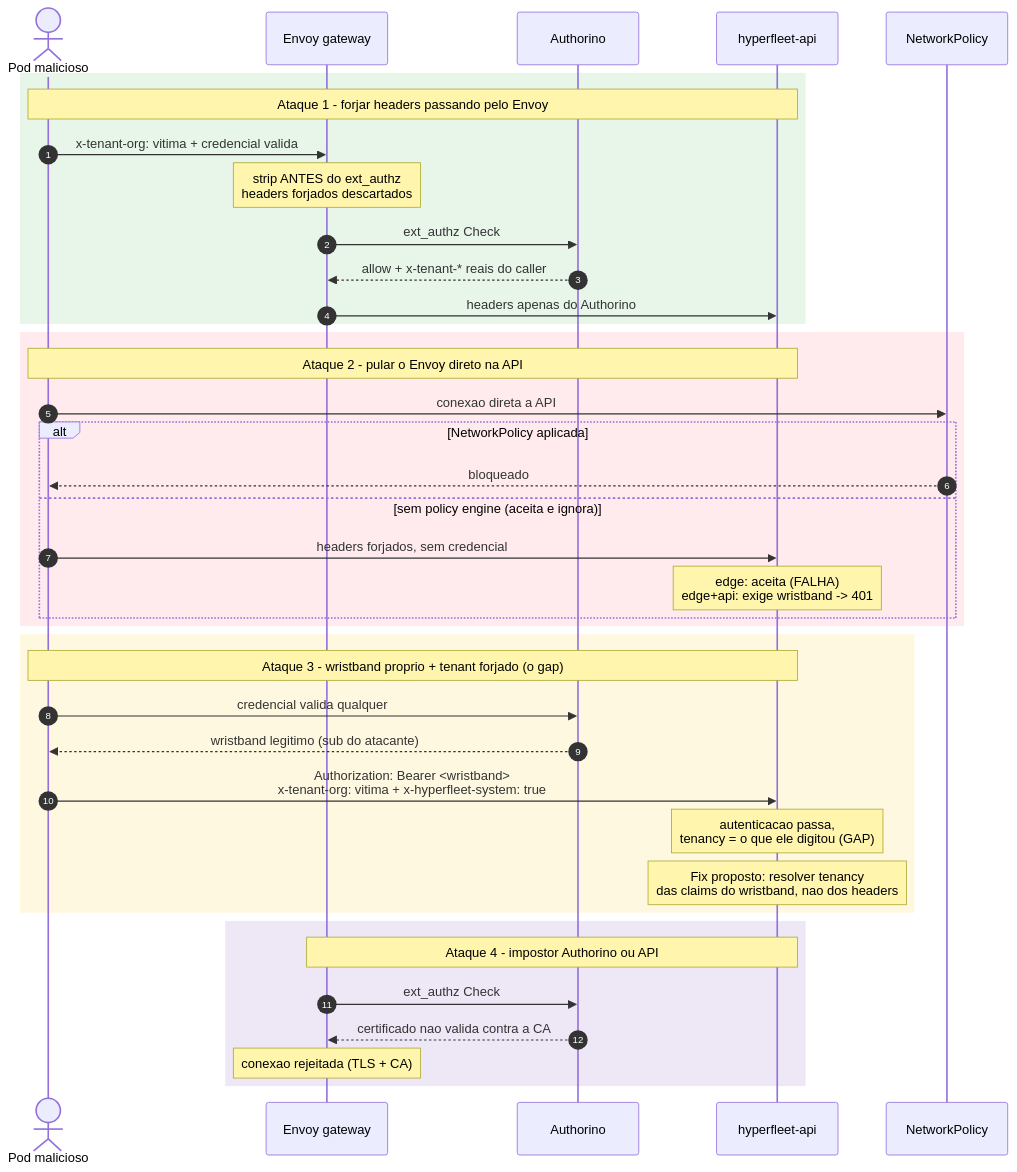
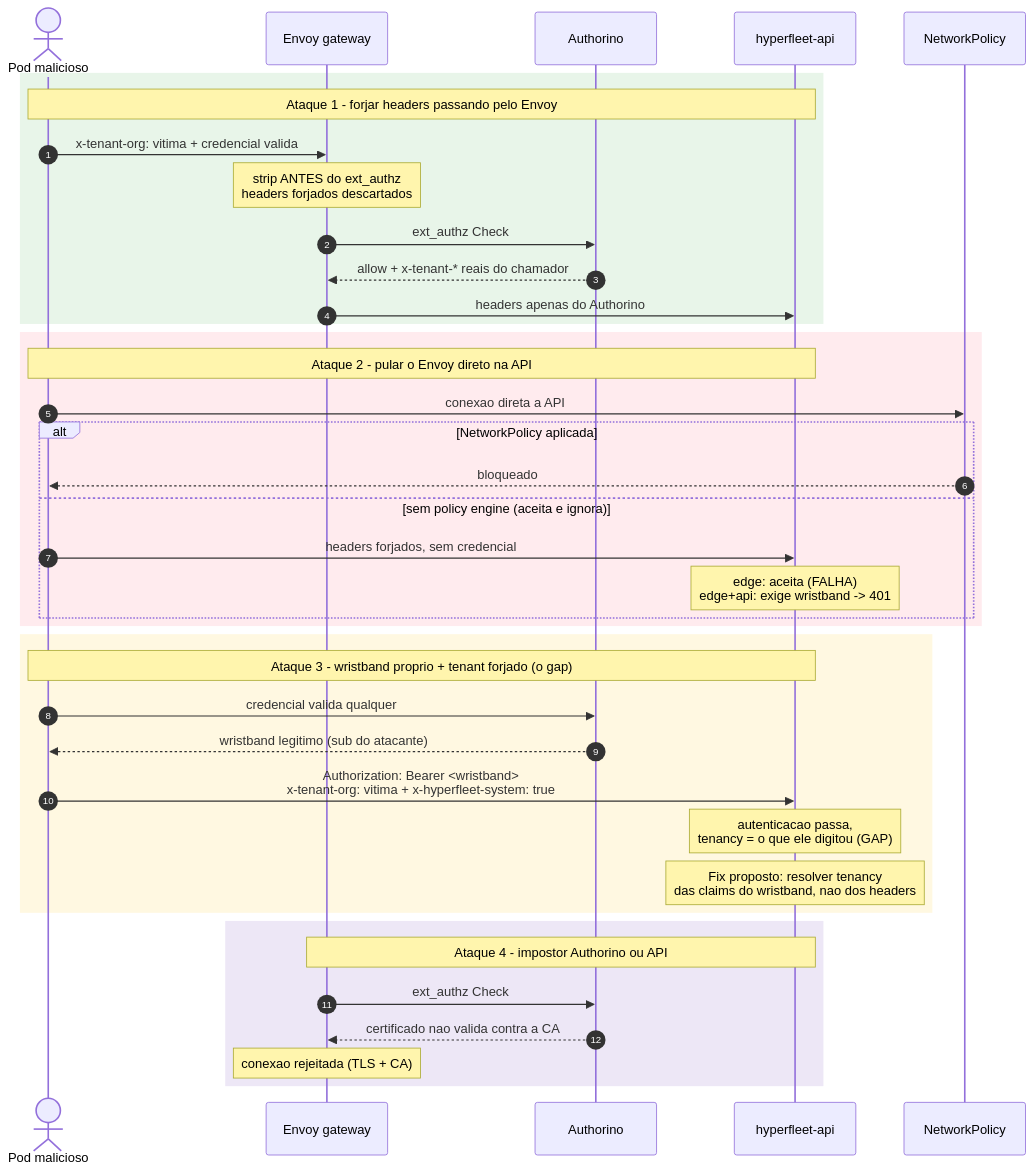
The seventh of 7 diagrams in hyperfleet/docs/gateway-auth-sequence-diagrams.md (rafabene/hyperfleet-architecture), drawn with Mermaid before and after one commit. The commit also changed other lines of this file, not shown here.

First line of the commit message:
docs: localize gateway auth diagrams and add ticket map

````diff
--- a/hyperfleet/docs/gateway-auth-sequence-diagrams.md
+++ b/hyperfleet/docs/gateway-auth-sequence-diagrams.md
@@ -157,45 +301,45 @@
 ```mermaid
 sequenceDiagram
     autonumber
     actor M as Pod malicioso
     participant E as Envoy gateway
     participant A as Authorino
     participant API as hyperfleet-api
     participant NP as NetworkPolicy
 
     rect rgb(232, 245, 233)
     Note over M,API: Ataque 1 - forjar headers passando pelo Envoy
     M->>E: x-tenant-org: vitima + credencial valida
     Note over E: strip ANTES do ext_authz<br/>headers forjados descartados
     E->>A: ext_authz Check
-    A-->>E: allow + x-tenant-* reais do caller
+    A-->>E: allow + x-tenant-* reais do chamador
     E->>API: headers apenas do Authorino
     end
 
     rect rgb(255, 235, 238)
     Note over M,API: Ataque 2 - pular o Envoy direto na API
     M->>NP: conexao direta a API
     alt NetworkPolicy aplicada
         NP-->>M: bloqueado
     else sem policy engine (aceita e ignora)
         M->>API: headers forjados, sem credencial
         Note over API: edge: aceita (FALHA)<br/>edge+api: exige wristband -> 401
     end
     end
 
     rect rgb(255, 248, 225)
     Note over M,API: Ataque 3 - wristband proprio + tenant forjado (o gap)
     M->>A: credencial valida qualquer
     A-->>M: wristband legitimo (sub do atacante)
     M->>API: Authorization: Bearer <wristband><br/>x-tenant-org: vitima + x-hyperfleet-system: true
     Note over API: autenticacao passa,<br/>tenancy = o que ele digitou (GAP)
     Note over API: Fix proposto: resolver tenancy<br/>das claims do wristband, nao dos headers
     end
 
     rect rgb(237, 231, 246)
     Note over E,API: Ataque 4 - impostor Authorino ou API
     E->>A: ext_authz Check
     A-->>E: certificado nao valida contra a CA
     Note over E: conexao rejeitada (TLS + CA)
     end
 ```
````
